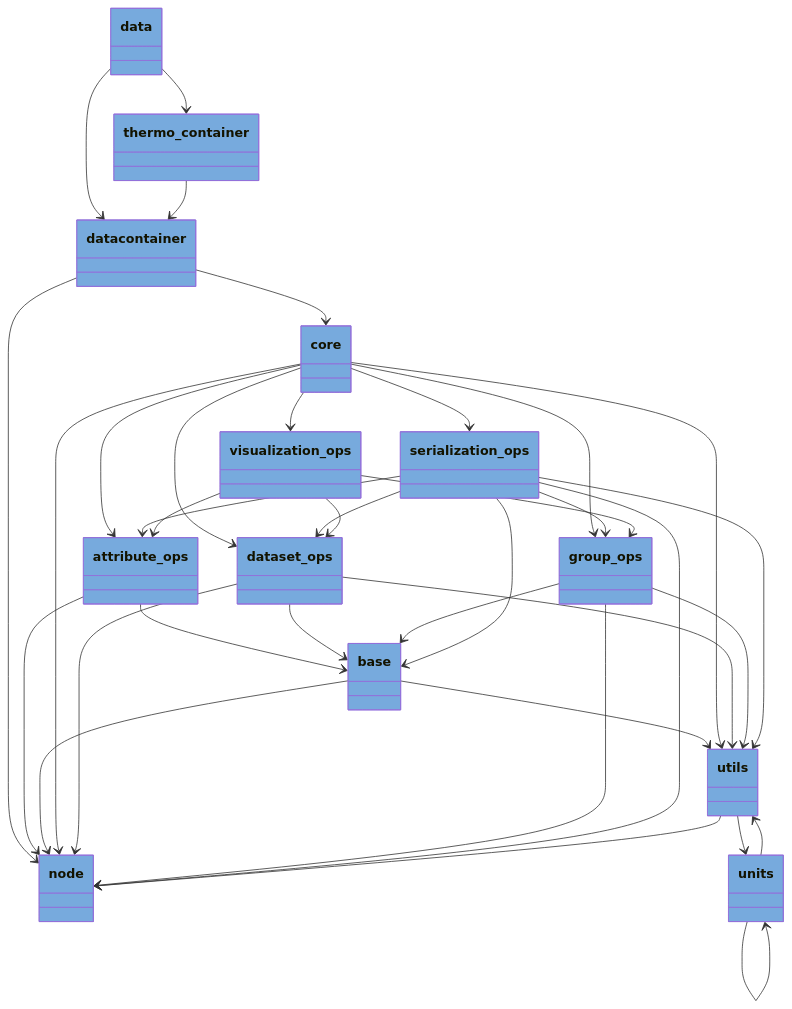
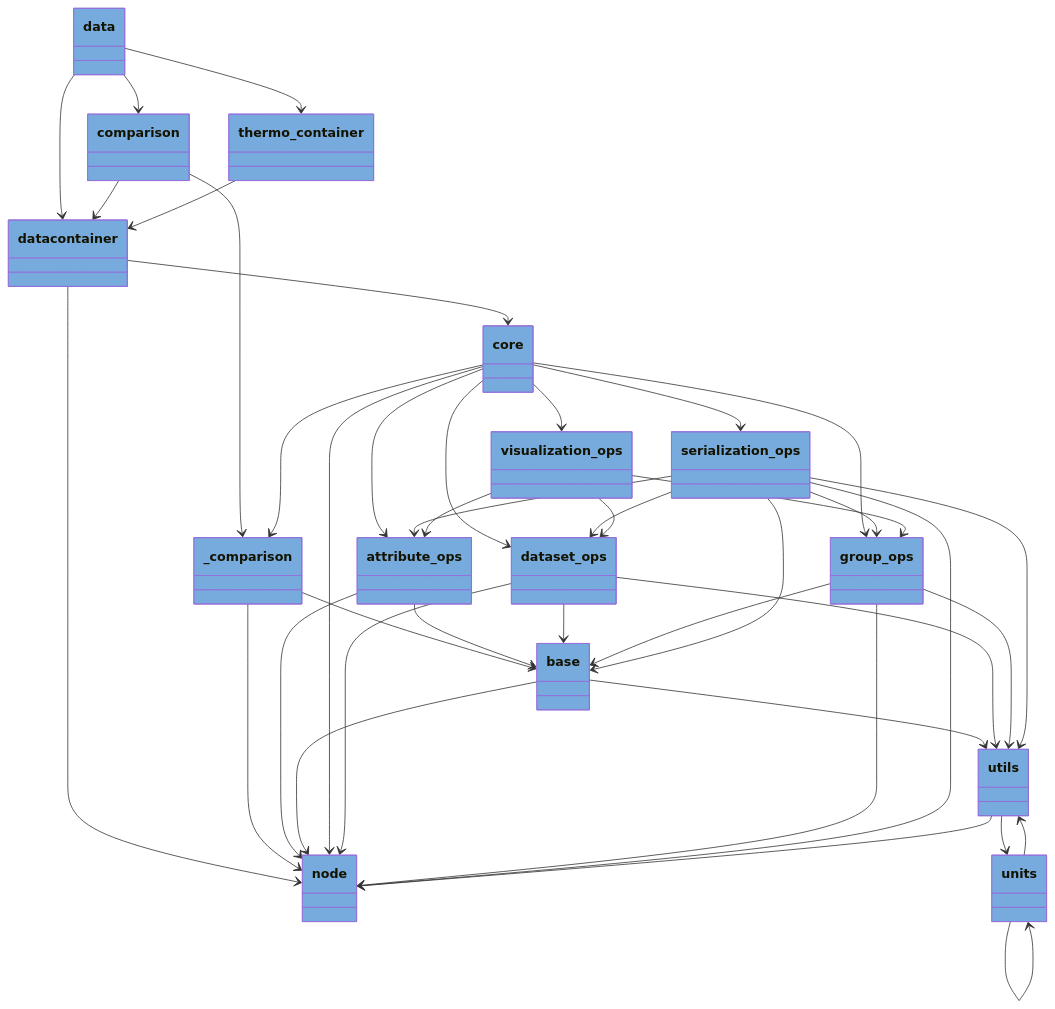
The diagram in docs/pyreverse/mermaid/packages_pythermondt.data.mmd (voidsy-gmbh/pyThermoNDT), drawn with Mermaid before and after one commit. The commit also changed 18 other files, not shown here.

```diff
--- a/docs/pyreverse/mermaid/packages_pythermondt.data.mmd
+++ b/docs/pyreverse/mermaid/packages_pythermondt.data.mmd
@@ -1,81 +1,92 @@
 classDiagram
   class data {
   }
   style data fill:#77AADD
+  class comparison {
+  }
+  style comparison fill:#77AADD
   class datacontainer {
   }
   style datacontainer fill:#77AADD
+  class _comparison {
+  }
+  style _comparison fill:#77AADD
   class attribute_ops {
   }
   style attribute_ops fill:#77AADD
   class base {
   }
   style base fill:#77AADD
   class core {
   }
   style core fill:#77AADD
   class dataset_ops {
   }
   style dataset_ops fill:#77AADD
   class group_ops {
   }
   style group_ops fill:#77AADD
   class node {
   }
   style node fill:#77AADD
   class serialization_ops {
   }
   style serialization_ops fill:#77AADD
   class utils {
   }
   style utils fill:#77AADD
   class visualization_ops {
   }
   style visualization_ops fill:#77AADD
   class thermo_container {
   }
   style thermo_container fill:#77AADD
   class units {
   }
   style units fill:#77AADD
   class units {
   }
   style units fill:#77AADD
   class utils {
   }
   style utils fill:#77AADD
+  data --> comparison
   data --> datacontainer
   data --> thermo_container
+  comparison --> datacontainer
+  comparison --> _comparison
   datacontainer --> core
   datacontainer --> node
+  _comparison --> base
+  _comparison --> node
   attribute_ops --> base
   attribute_ops --> node
   base --> node
   base --> utils
+  core --> _comparison
   core --> attribute_ops
   core --> dataset_ops
   core --> group_ops
   core --> node
   core --> serialization_ops
-  core --> utils
   core --> visualization_ops
   dataset_ops --> base
   dataset_ops --> node
   dataset_ops --> utils
   group_ops --> base
   group_ops --> node
   group_ops --> utils
   serialization_ops --> attribute_ops
   serialization_ops --> base
   serialization_ops --> dataset_ops
   serialization_ops --> group_ops
   serialization_ops --> node
   serialization_ops --> utils
   utils --> node
   visualization_ops --> attribute_ops
   visualization_ops --> dataset_ops
   visualization_ops --> group_ops
   thermo_container --> datacontainer
   units --> units
   units --> utils
   utils --> units
```
